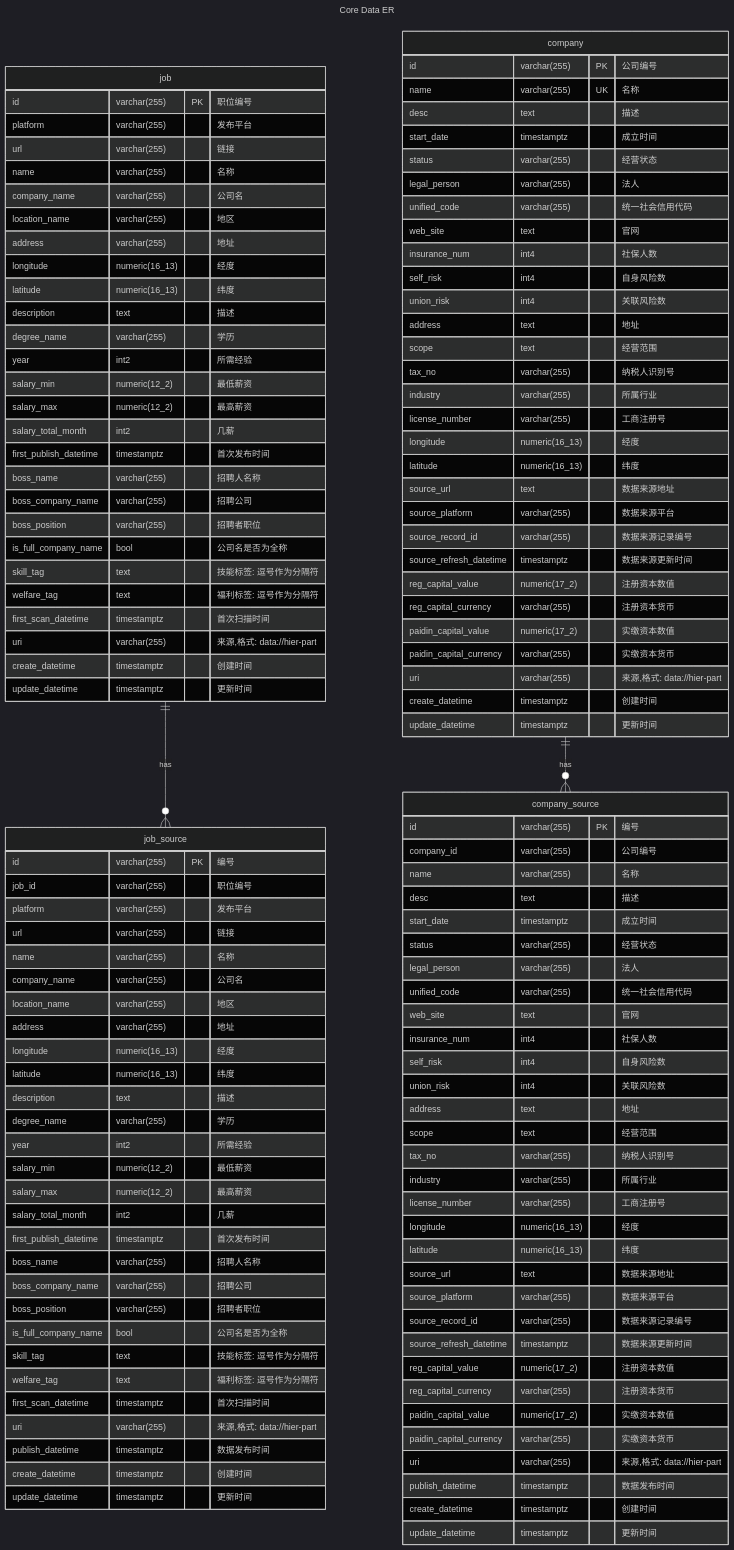
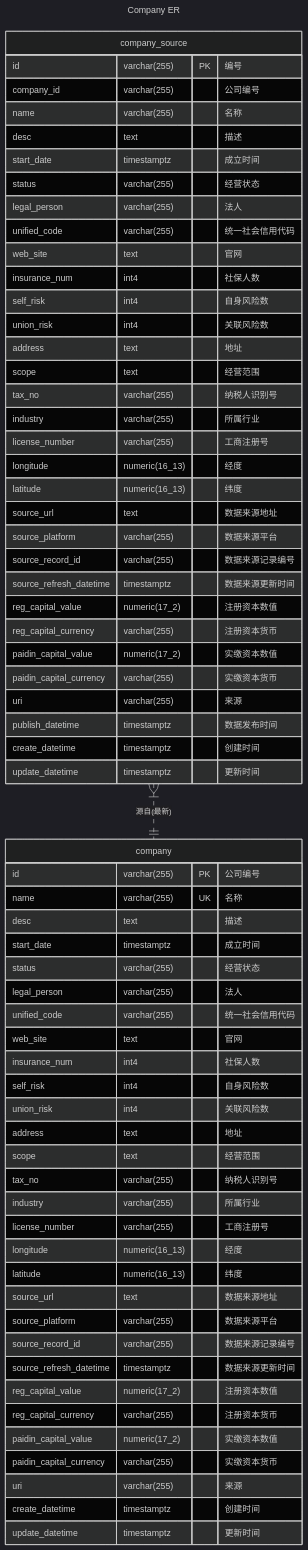
One commit to lastsunday/job-hunting changed the second of 5 diagrams in docs/src/development/server/core_logic_flow.md. Above: the diagram before and after it, drawn with Mermaid (dark theme). The commit also changed other lines of this file, not shown here.

Commit message:
docs(server): refactor core logic flow and add detail info

````diff
--- a/docs/src/development/server/core_logic_flow.md
+++ b/docs/src/development/server/core_logic_flow.md
@@ -20,38 +119,8 @@
 ```mermaid
 ---
-title: Core Data ER
+title: Company ER
 ---
 erDiagram
-    job_source{
-      id varchar(255) PK "编号"
-      job_id varchar(255) "职位编号"
-      platform varchar(255) "发布平台"
-      url varchar(255) "链接"
-      name varchar(255) "名称"
-      company_name varchar(255) "公司名"
-      location_name varchar(255) "地区"
-      address varchar(255) "地址"
-      longitude numeric(16_13) "经度"
-      latitude numeric(16_13) "纬度"
-      description text "描述"
-      degree_name varchar(255) "学历"
-      year int2 "所需经验"
-      salary_min numeric(12_2) "最低薪资"
-      salary_max numeric(12_2) "最高薪资"
-      salary_total_month int2 "几薪"
-      first_publish_datetime timestamptz "首次发布时间"
-      boss_name varchar(255) "招聘人名称"
-      boss_company_name varchar(255) "招聘公司"
-      boss_position varchar(255) "招聘者职位"
-      is_full_company_name bool "公司名是否为全称"
-      skill_tag text "技能标签: 逗号作为分隔符"
-      welfare_tag text "福利标签: 逗号作为分隔符"
-      first_scan_datetime timestamptz "首次扫描时间"
-      uri varchar(255) "来源,格式: data://hier-part"
-      publish_datetime timestamptz "数据发布时间"
-      create_datetime timestamptz "创建时间"
-      update_datetime timestamptz "更新时间"
-    }
     company_source{
       id varchar(255) PK "编号"
       company_id varchar(255) "公司编号"
@@ -80,41 +149,12 @@
       reg_capital_currency varchar(255) "注册资本货币"
       paidin_capital_value numeric(17_2) "实缴资本数值"
       paidin_capital_currency varchar(255) "实缴资本货币"
-      uri varchar(255) "来源,格式: data://hier-part"
+      uri varchar(255) "来源"
       publish_datetime timestamptz "数据发布时间"
       create_datetime timestamptz "创建时间"
       update_datetime timestamptz "更新时间"
     }
-    job ||--o{ job_source: has
-    job {
-      id varchar(255) PK "职位编号"
-      platform varchar(255) "发布平台"
-      url varchar(255) "链接"
-      name varchar(255) "名称"
-      company_name varchar(255) "公司名"
-      location_name varchar(255) "地区"
-      address varchar(255) "地址"
-      longitude numeric(16_13) "经度"
-      latitude numeric(16_13) "纬度"
-      description text "描述"
-      degree_name varchar(255) "学历"
-      year int2 "所需经验"
-      salary_min numeric(12_2) "最低薪资"
-      salary_max numeric(12_2) "最高薪资"
-      salary_total_month int2 "几薪"
-      first_publish_datetime timestamptz "首次发布时间"
-      boss_name varchar(255) "招聘人名称"
-      boss_company_name varchar(255) "招聘公司"
-      boss_position varchar(255) "招聘者职位"
-      is_full_company_name bool "公司名是否为全称"
-      skill_tag text "技能标签: 逗号作为分隔符"
-      welfare_tag text "福利标签: 逗号作为分隔符"
-      first_scan_datetime timestamptz "首次扫描时间"
-      uri varchar(255) "来源,格式: data://hier-part"
-      create_datetime timestamptz "创建时间"
-      update_datetime timestamptz "更新时间"
-    }
-    company ||--o{ company_source: has
+    company_source }|..|| company : "源自(最新)"
     company{
       id varchar(255) PK "公司编号"
       name varchar(255) UK "名称"
@@ -142,7 +182,7 @@
       reg_capital_currency varchar(255) "注册资本货币"
       paidin_capital_value numeric(17_2) "实缴资本数值"
       paidin_capital_currency varchar(255) "实缴资本货币"
-      uri varchar(255) "来源,格式: data://hier-part"
+      uri varchar(255) "来源"
       create_datetime timestamptz "创建时间"
       update_datetime timestamptz "更新时间"
     }
````
